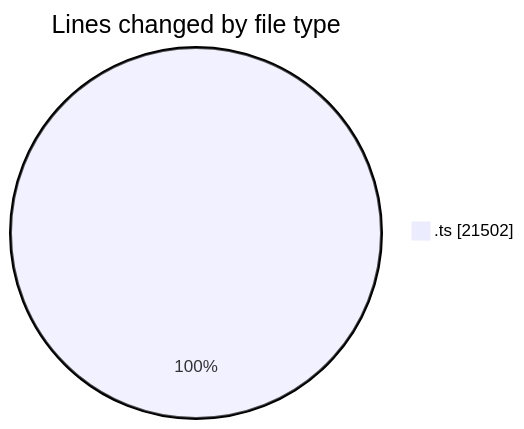
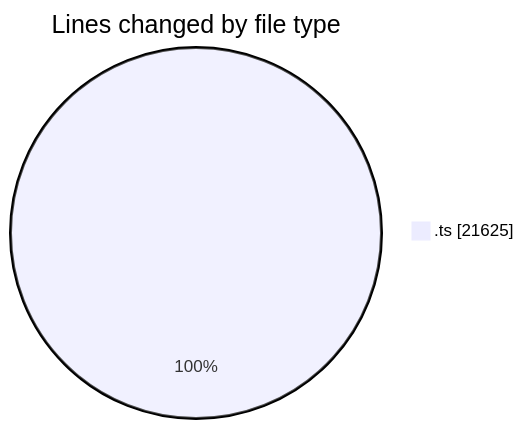
The first of 2 diagrams in 2025-09-09/cda/README.md (momahboobian/code-tracking), drawn with Mermaid before and after one commit. The commit also changed other lines of this file and 1 other file, not shown here.

````diff
--- a/2025-09-09/cda/README.md
+++ b/2025-09-09/cda/README.md
@@ -60,5 +61,5 @@
 ```mermaid
 pie showData
 title Lines changed by file type
-".ts" : 21502
+".ts" : 21625
 ```
````
